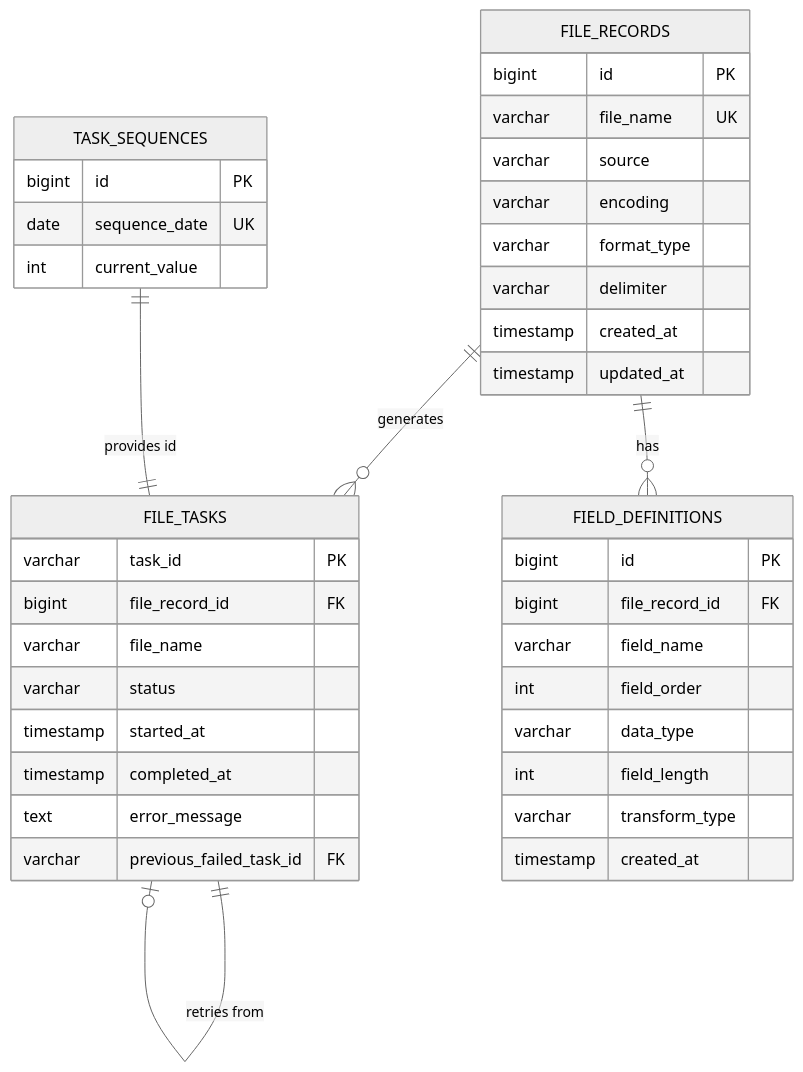
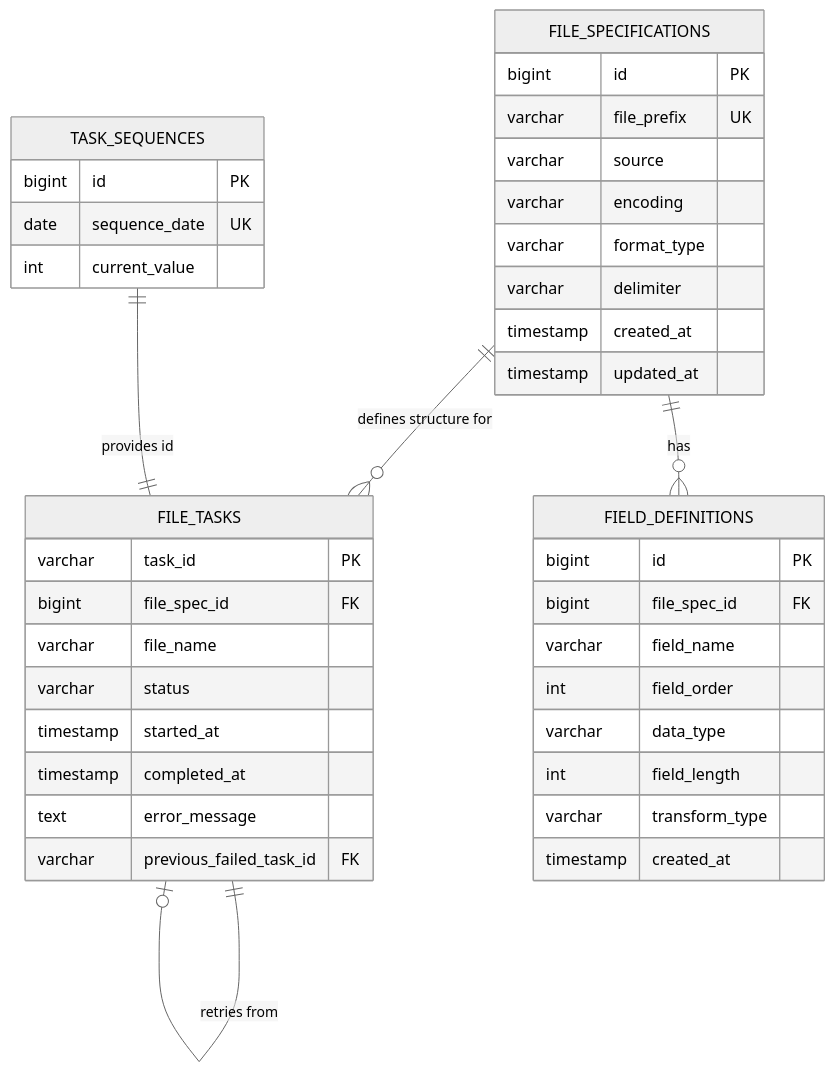
The diagram in specs/001-boa-bch-transformat/data-model.md (OccultusTW/spec-kit-template), drawn with Mermaid (neutral theme) before and after one commit. The commit also changed other lines of this file and 8 other files, not shown here.

````diff
--- a/specs/001-boa-bch-transformat/data-model.md
+++ b/specs/001-boa-bch-transformat/data-model.md
@@ -32,46 +18,46 @@
 ```mermaid
 erDiagram
-    FILE_RECORDS ||--o{ FILE_TASKS : "generates"
-    FILE_RECORDS ||--o{ FIELD_DEFINITIONS : "has"
+    FILE_SPECIFICATIONS ||--o{ FILE_TASKS : "defines structure for"
+    FILE_SPECIFICATIONS ||--o{ FIELD_DEFINITIONS : "has"
     FILE_TASKS ||--o| FILE_TASKS : "retries from"
     TASK_SEQUENCES ||--|| FILE_TASKS : "provides id"
     
-    FILE_RECORDS {
+    FILE_SPECIFICATIONS {
         bigint id PK
-        varchar file_name UK
+        varchar file_prefix UK
         varchar source
         varchar encoding
         varchar format_type
         varchar delimiter
         timestamp created_at
         timestamp updated_at
     }
     
     FIELD_DEFINITIONS {
         bigint id PK
-        bigint file_record_id FK
+        bigint file_spec_id FK
         varchar field_name
         int field_order
         varchar data_type
         int field_length
         varchar transform_type
         timestamp created_at
     }
     
     FILE_TASKS {
         varchar task_id PK
-        bigint file_record_id FK
+        bigint file_spec_id FK
         varchar file_name
         varchar status
         timestamp started_at
         timestamp completed_at
         text error_message
         varchar previous_failed_task_id FK
     }
     
     TASK_SEQUENCES {
         bigint id PK
         date sequence_date UK
         int current_value
     }
 ```
````
